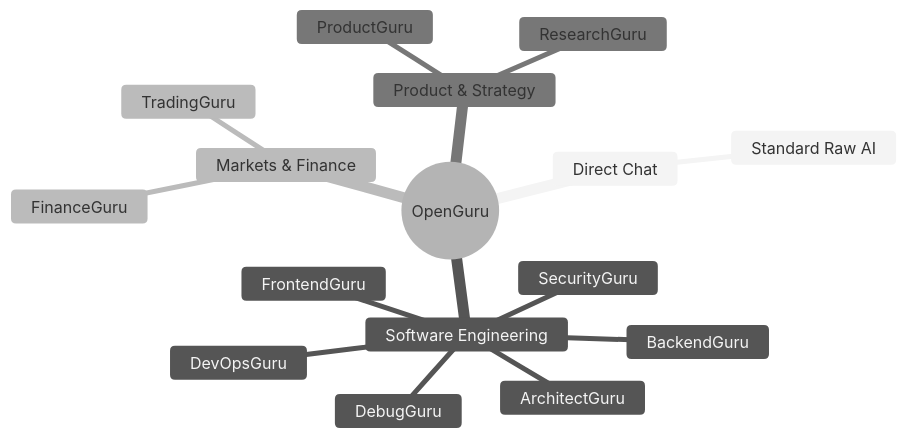
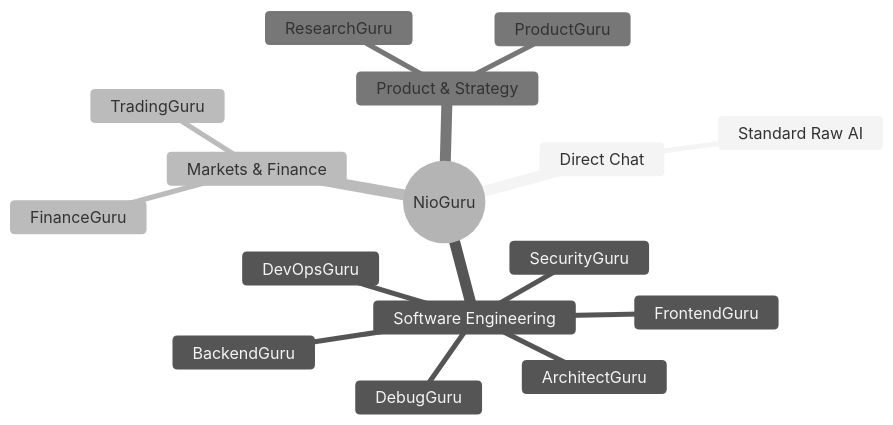
The first of 2 diagrams in README.md (nio-labs/nio-guru), drawn with Mermaid (neutral theme) before and after one commit. The commit also changed other lines of this file and 16 other files, not shown here.

Commit message:
Rename OpenGuru to NioGuru and package the workspace

````diff
--- a/README.md
+++ b/README.md
@@ -26,19 +26,19 @@
 ```mermaid
 mindmap
-  root((OpenGuru))
+  root((NioGuru))
     Direct Chat
       Standard Raw AI
     Software Engineering
       FrontendGuru
       BackendGuru
       ArchitectGuru
       DevOpsGuru
       SecurityGuru
       DebugGuru
     Markets & Finance
       TradingGuru
       FinanceGuru
     Product & Strategy
       ProductGuru
       ResearchGuru
 ```
````
